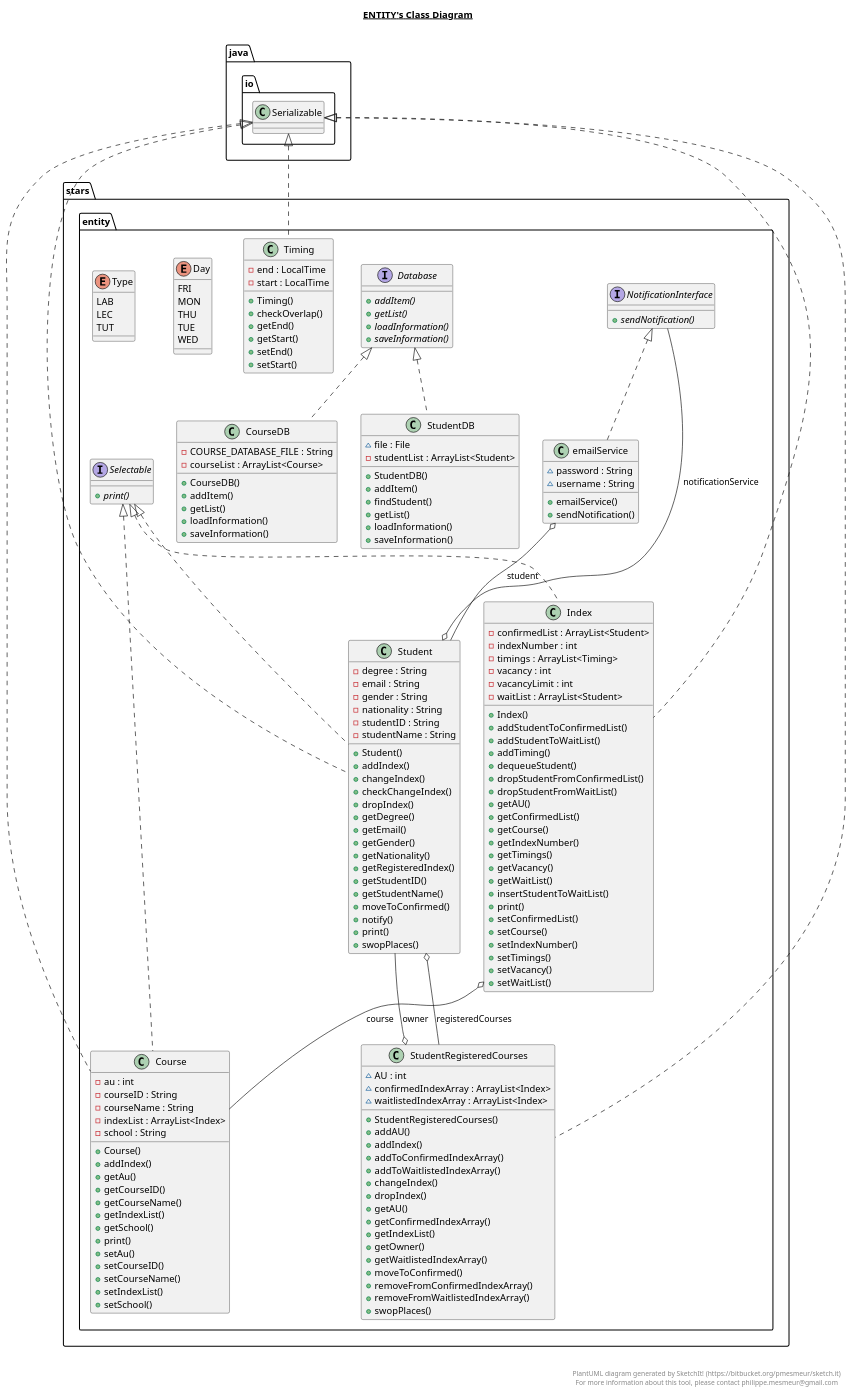
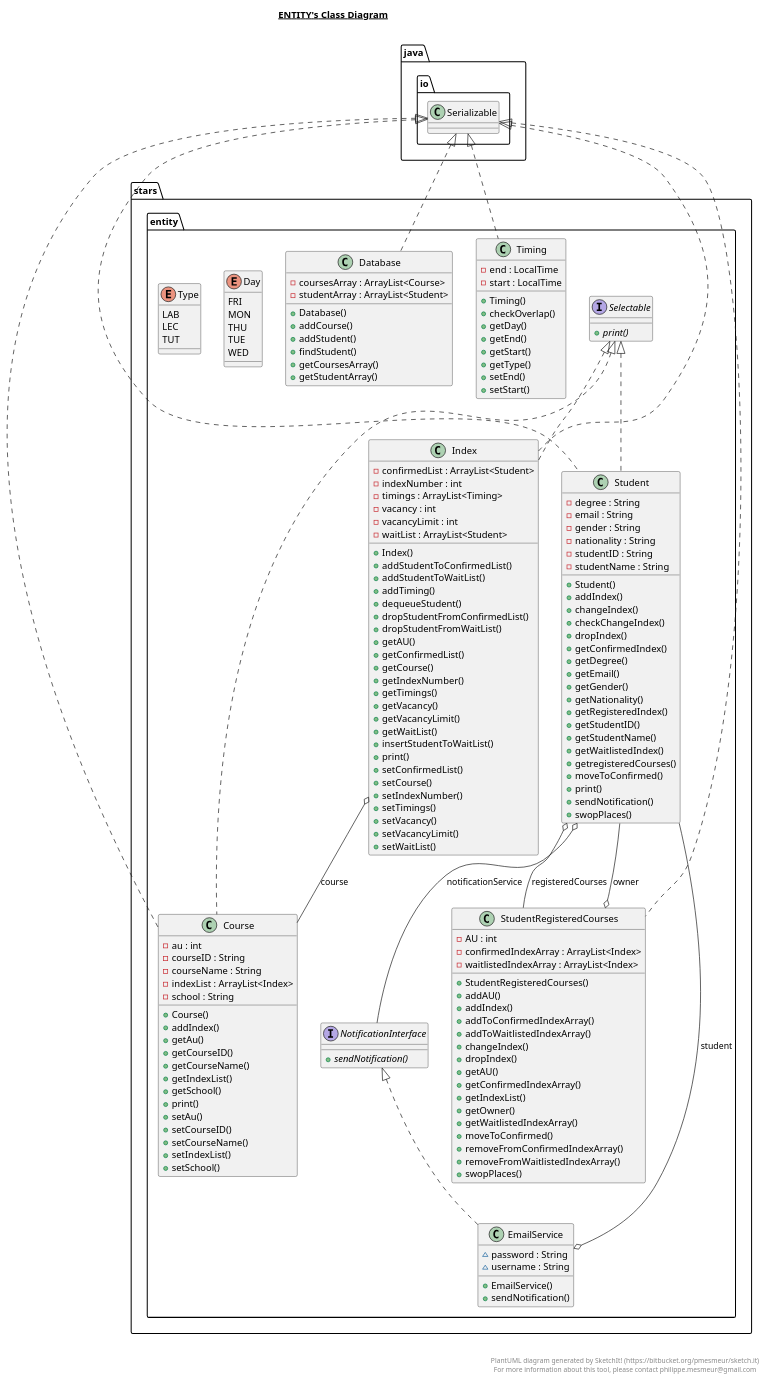
Before and after one commit to shengjie98/CZ2002: the diagram in stars/entity/entity.plantuml, drawn with PlantUML. The commit also changed 6 other files, not shown here.

Commit message:
uml diag

```diff
--- a/stars/entity/entity.plantuml
+++ b/stars/entity/entity.plantuml
@@ -27,24 +27,25 @@
   
 
   namespace stars.entity {
-    class stars.entity.CourseDB {
-        - COURSE_DATABASE_FILE : String
-        - courseList : ArrayList<Course>
-        + CourseDB()
-        + addItem()
-        + getList()
-        + loadInformation()
-        + saveInformation()
+    class stars.entity.Database {
+        - coursesArray : ArrayList<Course>
+        - studentArray : ArrayList<Student>
+        + Database()
+        + addCourse()
+        + addStudent()
+        + findStudent()
+        + getCoursesArray()
+        + getStudentArray()
     }
   }
   
 
   namespace stars.entity {
-    interface stars.entity.Database {
-        {abstract} + addItem()
-        {abstract} + getList()
-        {abstract} + loadInformation()
-        {abstract} + saveInformation()
+    class stars.entity.EmailService {
+        ~ password : String
+        ~ username : String
+        + EmailService()
+        + sendNotification()
     }
   }
   
@@ -70,6 +71,7 @@
         + getIndexNumber()
         + getTimings()
         + getVacancy()
+        + getVacancyLimit()
         + getWaitList()
         + insertStudentToWaitList()
         + print()
@@ -78,6 +80,7 @@
         + setIndexNumber()
         + setTimings()
         + setVacancy()
+        + setVacancyLimit()
         + setWaitList()
     }
   }
@@ -110,6 +113,7 @@
         + changeIndex()
         + checkChangeIndex()
         + dropIndex()
+        + getConfirmedIndex()
         + getDegree()
         + getEmail()
         + getGender()
@@ -117,33 +121,21 @@
         + getRegisteredIndex()
         + getStudentID()
         + getStudentName()
+        + getWaitlistedIndex()
+        + getregisteredCourses()
         + moveToConfirmed()
-        + notify()
         + print()
+        + sendNotification()
         + swopPlaces()
     }
   }
   
 
   namespace stars.entity {
-    class stars.entity.StudentDB {
-        ~ file : File
-        - studentList : ArrayList<Student>
-        + StudentDB()
-        + addItem()
-        + findStudent()
-        + getList()
-        + loadInformation()
-        + saveInformation()
-    }
-  }
-  
-
-  namespace stars.entity {
     class stars.entity.StudentRegisteredCourses {
-        ~ AU : int
-        ~ confirmedIndexArray : ArrayList<Index>
-        ~ waitlistedIndexArray : ArrayList<Index>
+        - AU : int
+        - confirmedIndexArray : ArrayList<Index>
+        - waitlistedIndexArray : ArrayList<Index>
         + StudentRegisteredCourses()
         + addAU()
         + addIndex()
@@ -170,8 +162,10 @@
         - start : LocalTime
         + Timing()
         + checkOverlap()
+        + getDay()
         + getEnd()
         + getStart()
+        + getType()
         + setEnd()
         + setStart()
     }
@@ -198,19 +192,11 @@
   }
   
 
-  namespace stars.entity {
-    class stars.entity.emailService {
-        ~ password : String
-        ~ username : String
-        + emailService()
-        + sendNotification()
-    }
-  }
-  
-
   stars.entity.Course .up.|> java.io.Serializable
   stars.entity.Course .up.|> stars.entity.Selectable
-  stars.entity.CourseDB .up.|> stars.entity.Database
+  stars.entity.Database .up.|> java.io.Serializable
+  stars.entity.EmailService .up.|> stars.entity.NotificationInterface
+  stars.entity.EmailService o-- stars.entity.Student : student
   stars.entity.Index .up.|> java.io.Serializable
   stars.entity.Index .up.|> stars.entity.Selectable
   stars.entity.Index o-- stars.entity.Course : course
@@ -218,7 +204,6 @@
   stars.entity.Student .up.|> stars.entity.Selectable
   stars.entity.Student o-- stars.entity.NotificationInterface : notificationService
   stars.entity.Student o-- stars.entity.StudentRegisteredCourses : registeredCourses
-  stars.entity.StudentDB .up.|> stars.entity.Database
   stars.entity.StudentRegisteredCourses .up.|> java.io.Serializable
   stars.entity.StudentRegisteredCourses o-- stars.entity.Student : owner
   stars.entity.Timing .up.|> java.io.Serializable
@@ -226,8 +211,6 @@
   stars.entity.Timing o-- stars.entity.Timing.Type : type
   stars.entity.Timing +-down- stars.entity.Timing.Day
   stars.entity.Timing +-down- stars.entity.Timing.Type
-  stars.entity.emailService .up.|> stars.entity.NotificationInterface
-  stars.entity.emailService o-- stars.entity.Student : student
 
 
 right footer
```
